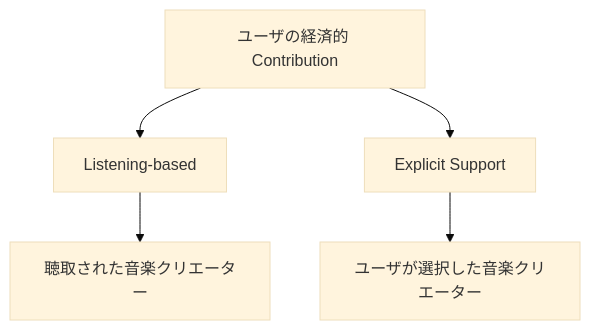
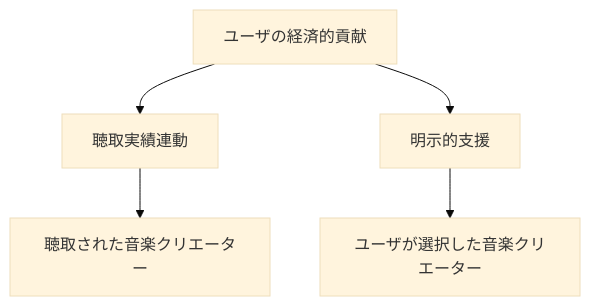
One commit to ShigeichiroYamasaki/creator-first-platform changed the sixth of 27 diagrams in docs/whitepaper/06-economics-mathjax.md. Above: the diagram before and after it, drawn with Mermaid (base theme). The commit also changed other lines of this file and 72 other files, not shown here.

````diff
--- a/docs/whitepaper/06-economics-mathjax.md
+++ b/docs/whitepaper/06-economics-mathjax.md
@@ -358,9 +358,9 @@
 ```mermaid
 flowchart TD
-    VALUE[ユーザの経済的 Contribution]
-    VALUE --> LISTEN[Listening-based]
-    VALUE --> SUPPORT[Explicit Support]
+    VALUE[ユーザの経済的貢献]
+    VALUE --> LISTEN[聴取実績連動]
+    VALUE --> SUPPORT[明示的支援]
 
     LISTEN --> C1[聴取された音楽クリエーター]
     SUPPORT --> C2[ユーザが選択した音楽クリエーター]
 ```
````
